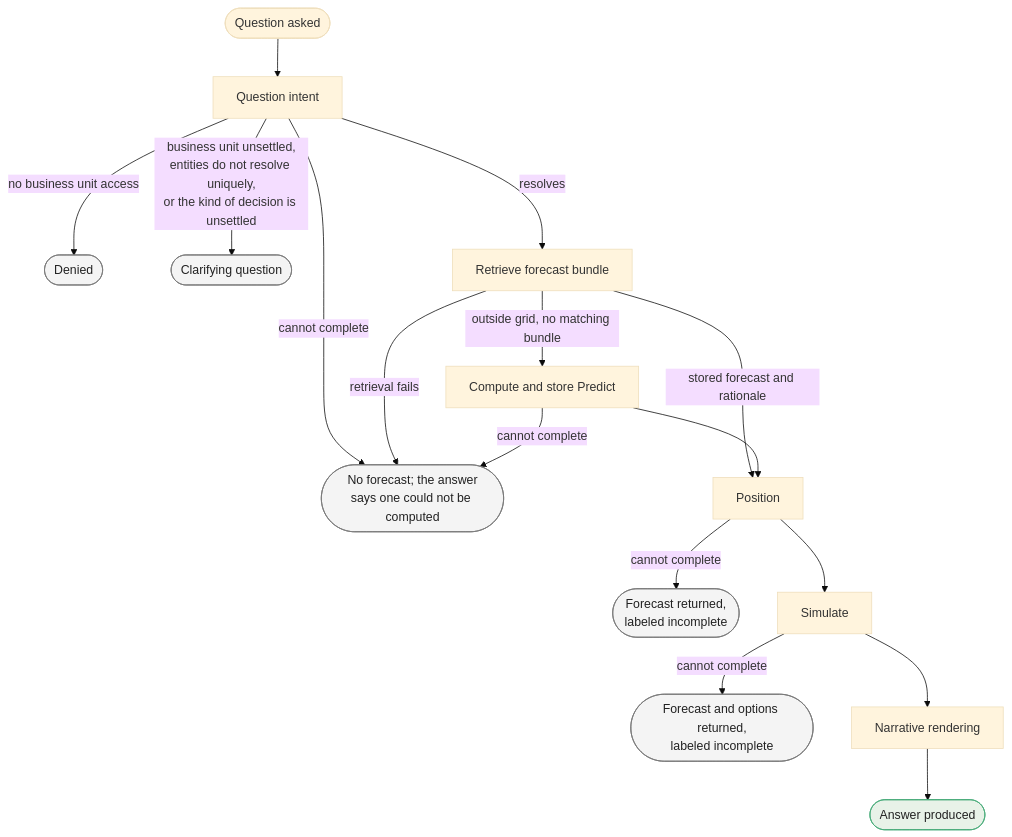
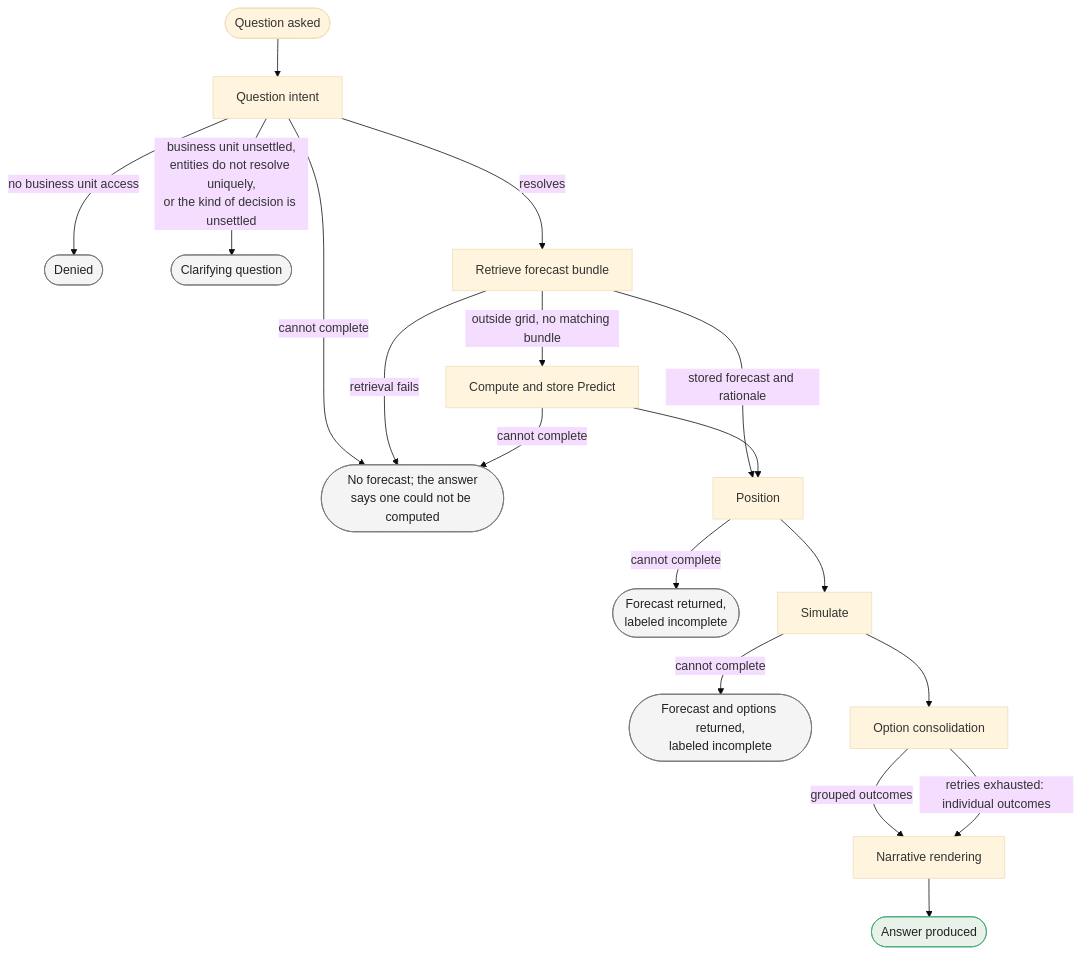
The fifth of 5 diagrams in specs/application/technical/architecture.md (billy-atkins/price-horizon), drawn with Mermaid (base theme) before and after one commit. The commit also changed other lines of this file and 13 other files, not shown here.

````diff
--- a/specs/application/technical/architecture.md
+++ b/specs/application/technical/architecture.md
@@ -247,26 +248,29 @@
 ```mermaid
 ---
 config:
   layout: dagre
 ---
 flowchart TD
     START(["Question asked"]) --> INTENT["Question intent"]
     INTENT -->|"no business unit access"| DENIED(["Denied"])
     INTENT -->|"business unit unsettled,<br/>entities do not resolve uniquely,<br/>or the kind of decision is unsettled"| CLARIFY(["Clarifying question"])
     INTENT -->|"cannot complete"| PF(["No forecast; the answer<br/>says one could not be computed"])
     INTENT -->|"resolves"| LOOKUP["Retrieve forecast bundle"]
     LOOKUP -->|"stored forecast and rationale"| POSITION["Position"]
     LOOKUP -->|"outside grid, no matching bundle"| PREDICT["Compute and store Predict"]
     LOOKUP -->|"retrieval fails"| PF
     PREDICT -->|"cannot complete"| PF
     PREDICT --> POSITION
     POSITION -->|"cannot complete"| POSF(["Forecast returned,<br/>labeled incomplete"])
     POSITION --> SIMULATE["Simulate"]
     SIMULATE -->|"cannot complete"| SIMF(["Forecast and options returned,<br/>labeled incomplete"])
-    SIMULATE --> RENDER["Narrative rendering"] --> AP(["Answer produced"])
+    SIMULATE --> GROUP["Option consolidation"]
+    GROUP -->|"grouped outcomes"| RENDER["Narrative rendering"]
+    GROUP -->|"retries exhausted: individual outcomes"| RENDER
+    RENDER --> AP(["Answer produced"])
 
     classDef stop fill:#f4f4f4,stroke:#777,color:#222
     classDef done fill:#e8f2e8,stroke:#4a7,color:#222
     class DENIED,CLARIFY,PF,POSF,SIMF stop
     class AP done
 ```
````
